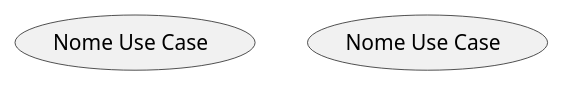
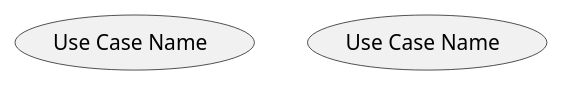
The second of 21 diagrams in 03-behavioral-diagrams/use-case-diagrams/README.md (Seniorsimo/sas-template), drawn with PlantUML before and after one commit. The commit also changed other lines of this file and 49 other files, not shown here.

````diff
--- a/03-behavioral-diagrams/use-case-diagrams/README.md
+++ b/03-behavioral-diagrams/use-case-diagrams/README.md
@@ -27,4 +27,4 @@
 ```plantuml
-usecase "Nome Use Case" as UC1
-usecase (Nome Use Case) as UC2
+usecase "Use Case Name" as UC1
+usecase (Use Case Name) as UC2
 ```
````
